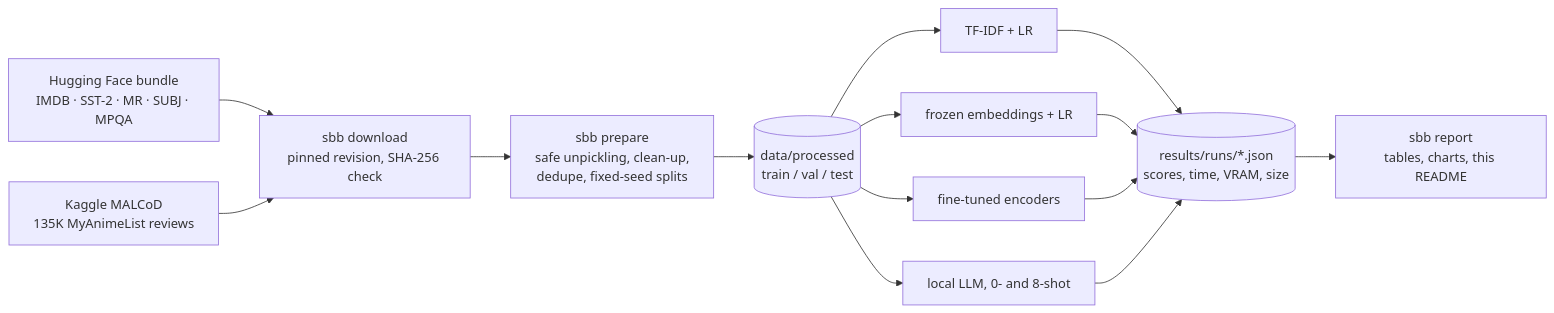
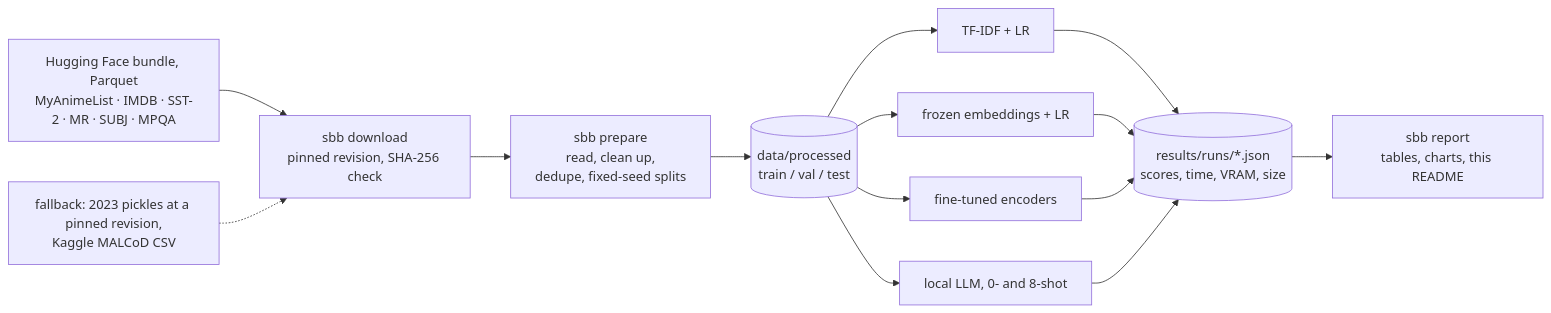
One commit to NatLee/sentiment-bundle-benchmark changed the diagram in README.md. Above: the diagram before and after it, drawn with Mermaid. The commit also changed other lines of this file and 2 other files, not shown here.

First line of the commit message:
chore: point the benchmark at the rebuilt Parquet bundle

````diff
--- a/README.md
+++ b/README.md
@@ -77,16 +77,16 @@
 ```mermaid
 flowchart LR
-    HF["Hugging Face bundle<br/>IMDB · SST-2 · MR · SUBJ · MPQA"] --> DL
-    KG["Kaggle MALCoD<br/>135K MyAnimeList reviews"] --> DL
+    HF["Hugging Face bundle, Parquet<br/>MyAnimeList · IMDB · SST-2 · MR · SUBJ · MPQA"] --> DL
+    OLD["fallback: 2023 pickles at a pinned revision,<br/>Kaggle MALCoD CSV"] -.-> DL
     DL["sbb download<br/>pinned revision, SHA-256 check"] --> PR
-    PR["sbb prepare<br/>safe unpickling, clean-up,<br/>dedupe, fixed-seed splits"] --> SP[("data/processed<br/>train / val / test")]
+    PR["sbb prepare<br/>read, clean up,<br/>dedupe, fixed-seed splits"] --> SP[("data/processed<br/>train / val / test")]
     SP --> M1["TF-IDF + LR"]
     SP --> M2["frozen embeddings + LR"]
     SP --> M3["fine-tuned encoders"]
     SP --> M4["local LLM, 0- and 8-shot"]
     M1 --> RUNS
     M2 --> RUNS
     M3 --> RUNS
     M4 --> RUNS
     RUNS[("results/runs/*.json<br/>scores, time, VRAM, size")] --> REP["sbb report<br/>tables, charts, this README"]
 ```
````
